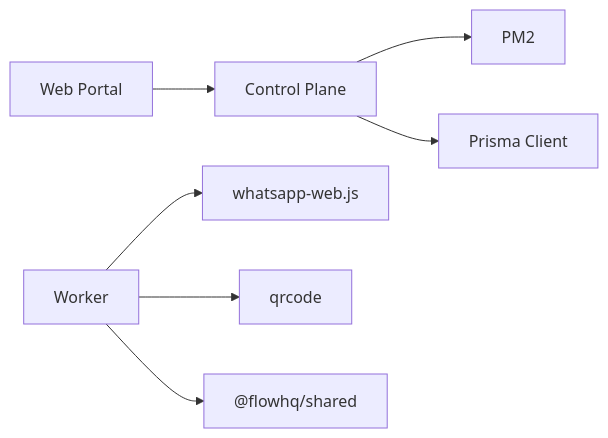
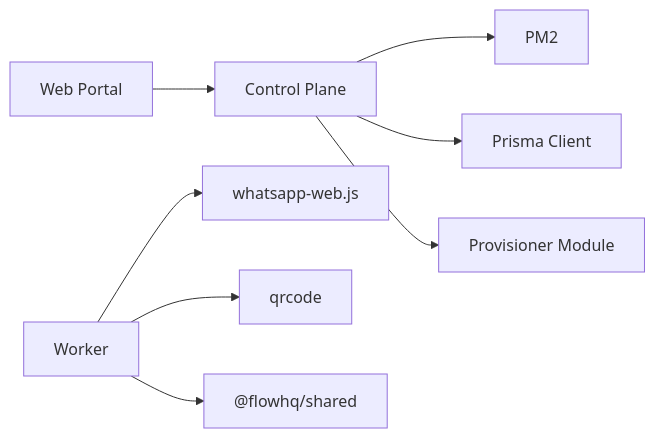
One commit to askchiwa-spec/FLOW-HQ-BOT changed the eighth of 8 diagrams in .qoder/repowiki/en/content/Worker Orchestration/Worker Orchestration.md. Above: the diagram before and after it, drawn with Mermaid. The commit also changed other lines of this file and 27 other files, not shown here.

````diff
--- a/.qoder/repowiki/en/content/Worker Orchestration/Worker Orchestration.md
+++ b/.qoder/repowiki/en/content/Worker Orchestration/Worker Orchestration.md
@@ -335,9 +417,10 @@
 ```mermaid
 graph LR
 CP["Control Plane"] --> PM2["PM2"]
 CP --> Prisma["Prisma Client"]
+CP --> Provisioner["Provisioner Module"]
 Worker["Worker"] --> WA["whatsapp-web.js"]
 Worker --> QR["qrcode"]
 Worker --> Shared["@flowhq/shared"]
 Portal["Web Portal"] --> CP
 ```
````
